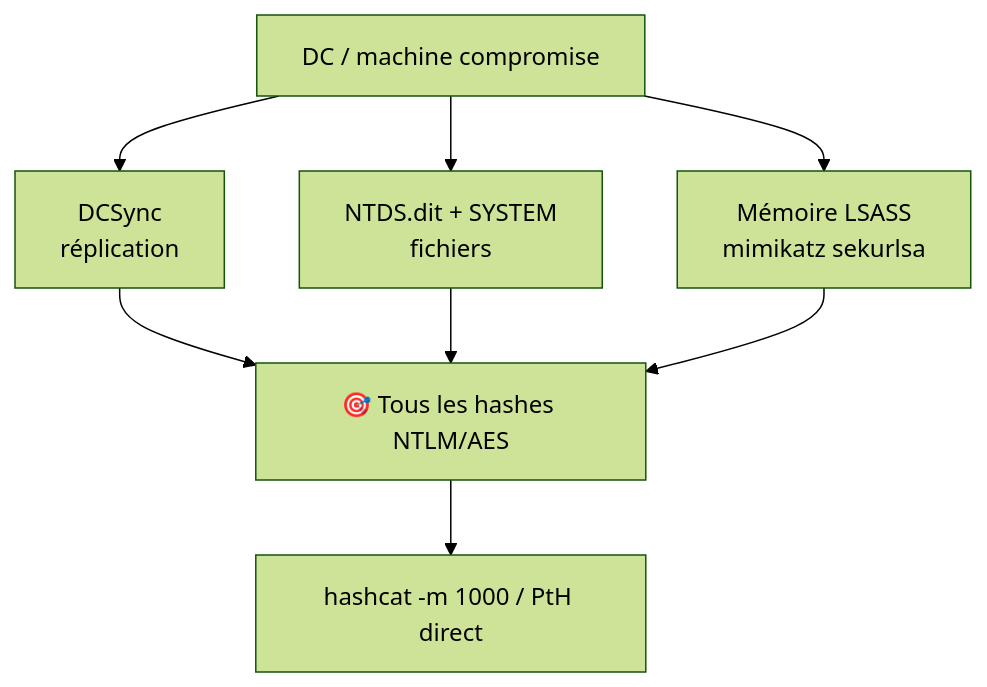
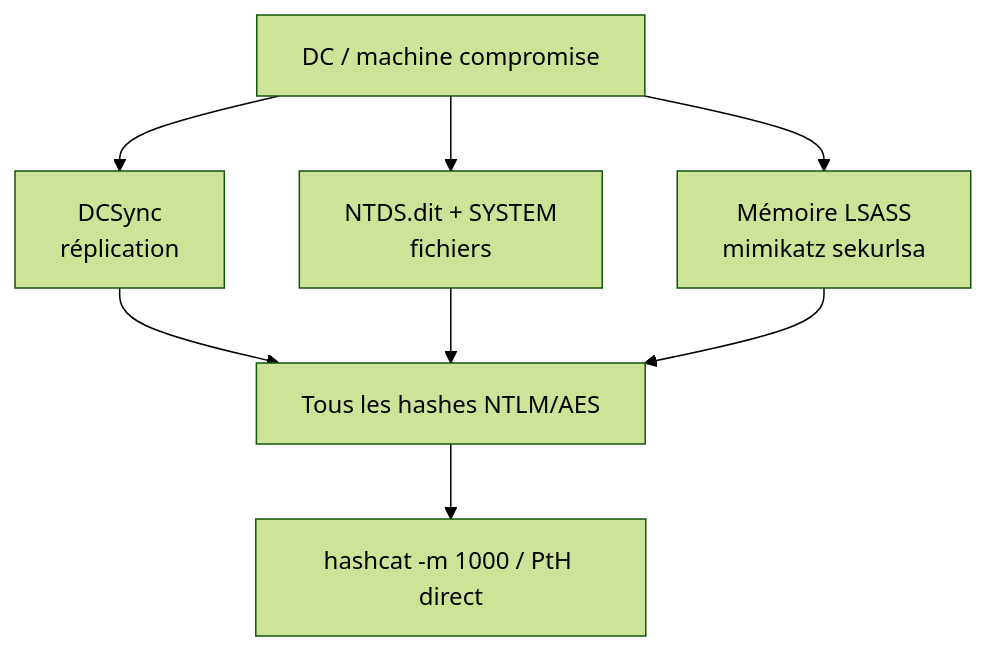
One commit to F0X-hack/foxhack.fr changed the diagram in public/offsidian/vault/Cybersécurité Offensive/Techniques/Dump NTDS.dit.md. Above: the diagram before and after it, drawn with Mermaid (forest theme). The commit also changed other lines of this file and 369 other files, not shown here.

````diff
--- a/public/offsidian/vault/Cybersécurité Offensive/Techniques/Dump NTDS.dit.md
+++ b/public/offsidian/vault/Cybersécurité Offensive/Techniques/Dump NTDS.dit.md
@@ -29,10 +29,10 @@
 ```mermaid
 flowchart TB
     D[DC / machine compromise] --> A1[DCSync<br>réplication]
     D --> A2[NTDS.dit + SYSTEM<br>fichiers]
     D --> A3[Mémoire LSASS<br>mimikatz sekurlsa]
-    A1 --> H[🎯 Tous les hashes NTLM/AES]
+    A1 --> H[Tous les hashes NTLM/AES]
     A2 --> H
     A3 --> H
     H --> C[hashcat -m 1000 / PtH direct]
 ```
````
